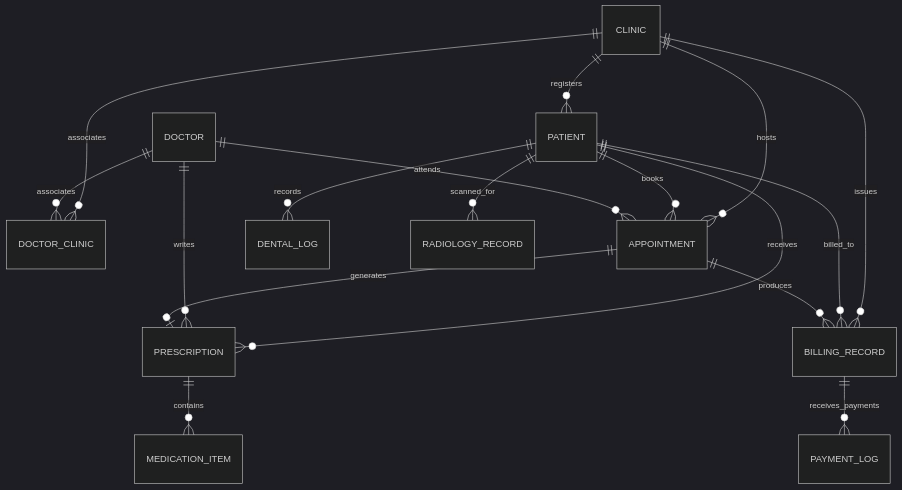
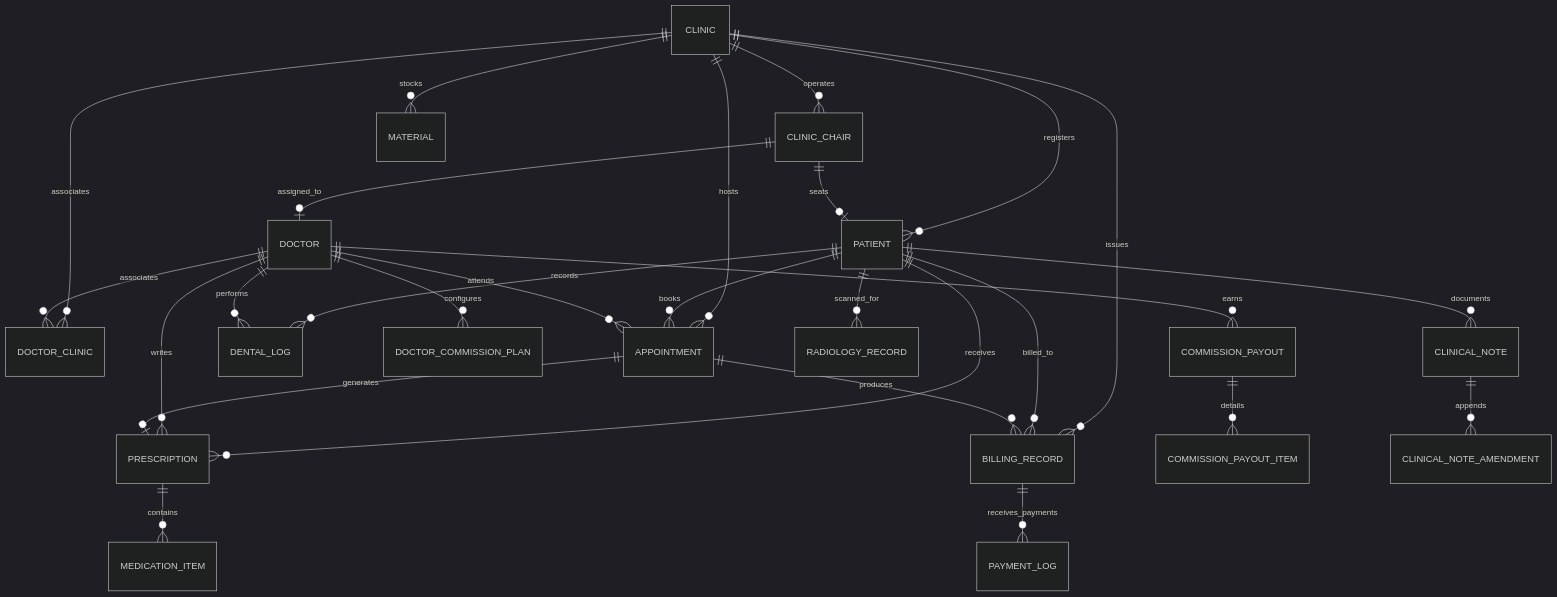
One commit to Mahmoudsami11095/clinic-docs changed the diagram in SOFTWARE_REQUIREMENTS_SPECIFICATION.md. Above: the diagram before and after it, drawn with Mermaid (dark theme). The commit also changed other lines of this file and 4 other files, not shown here.

````diff
--- a/SOFTWARE_REQUIREMENTS_SPECIFICATION.md
+++ b/SOFTWARE_REQUIREMENTS_SPECIFICATION.md
@@ -95,22 +96,34 @@
 ```mermaid
 erDiagram
     CLINIC ||--o{ DOCTOR_CLINIC : associates
     DOCTOR ||--o{ DOCTOR_CLINIC : associates
     CLINIC ||--o{ PATIENT : registers
     CLINIC ||--o{ APPOINTMENT : hosts
     CLINIC ||--o{ BILLING_RECORD : issues
+    CLINIC ||--o{ CLINIC_CHAIR : operates
+    CLINIC ||--o{ MATERIAL : stocks
 
     PATIENT ||--o{ APPOINTMENT : books
     DOCTOR ||--o{ APPOINTMENT : attends
+    CLINIC_CHAIR ||--o| PATIENT : seats
+    CLINIC_CHAIR ||--o| DOCTOR : assigned_to
+
     PATIENT ||--o{ DENTAL_LOG : records
+    DOCTOR ||--o{ DENTAL_LOG : performs
     PATIENT ||--o{ PRESCRIPTION : receives
     DOCTOR ||--o{ PRESCRIPTION : writes
     APPOINTMENT ||--o| PRESCRIPTION : generates
     
     PATIENT ||--o{ BILLING_RECORD : billed_to
     APPOINTMENT ||--o{ BILLING_RECORD : produces
     BILLING_RECORD ||--o{ PAYMENT_LOG : receives_payments
-    
+
+    DOCTOR ||--o{ DOCTOR_COMMISSION_PLAN : configures
+    DOCTOR ||--o{ COMMISSION_PAYOUT : earns
+    COMMISSION_PAYOUT ||--o{ COMMISSION_PAYOUT_ITEM : details
+
     PRESCRIPTION ||--o{ MEDICATION_ITEM : contains
     PATIENT ||--o{ RADIOLOGY_RECORD : scanned_for
+    PATIENT ||--o{ CLINICAL_NOTE : documents
+    CLINICAL_NOTE ||--o{ CLINICAL_NOTE_AMENDMENT : appends
 ```
````
